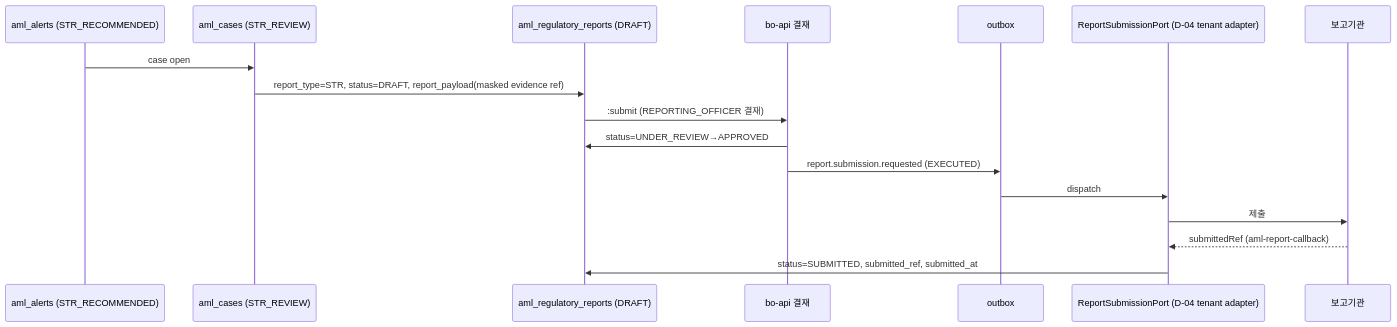
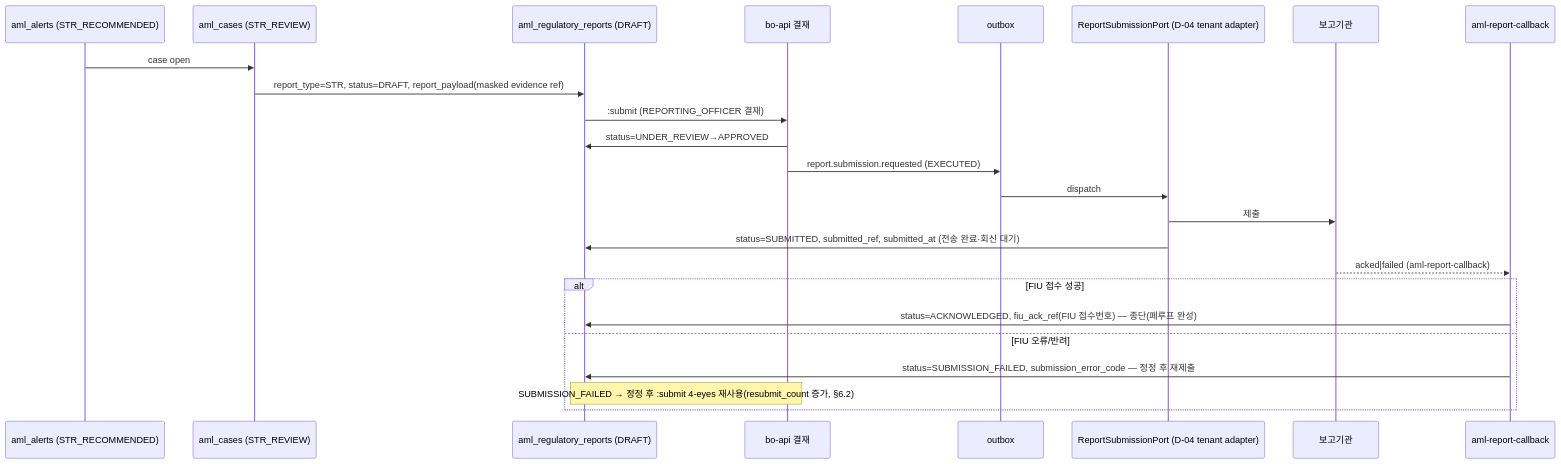
The eighth of 9 diagrams in docs/design/integration/02-aml-integration.md (smkim89/aml-system-docs), drawn with Mermaid before and after one commit. The commit also changed other lines of this file and 187 other files, not shown here.

````diff
--- a/docs/design/integration/02-aml-integration.md
+++ b/docs/design/integration/02-aml-integration.md
@@ -507,19 +513,26 @@
 ```mermaid
 sequenceDiagram
     participant ALERT as aml_alerts (STR_RECOMMENDED)
     participant CASE as aml_cases (STR_REVIEW)
     participant RPT as aml_regulatory_reports (DRAFT)
     participant BO as bo-api 결재
     participant OB as outbox
     participant ADP as ReportSubmissionPort (D-04 tenant adapter)
     participant FIU as 보고기관
+    participant CB as aml-report-callback
     ALERT->>CASE: case open
     CASE->>RPT: report_type=STR, status=DRAFT, report_payload(masked evidence ref)
     RPT->>BO: :submit (REPORTING_OFFICER 결재)
     BO->>RPT: status=UNDER_REVIEW→APPROVED
     BO->>OB: report.submission.requested (EXECUTED)
     OB->>ADP: dispatch
     ADP->>FIU: 제출
-    FIU-->>ADP: submittedRef (aml-report-callback)
-    ADP->>RPT: status=SUBMITTED, submitted_ref, submitted_at
+    ADP->>RPT: status=SUBMITTED, submitted_ref, submitted_at (전송 완료·회신 대기)
+    FIU-->>CB: acked|failed (aml-report-callback)
+    alt FIU 접수 성공
+        CB->>RPT: status=ACKNOWLEDGED, fiu_ack_ref(FIU 접수번호) — 종단(폐루프 완성)
+    else FIU 오류/반려
+        CB->>RPT: status=SUBMISSION_FAILED, submission_error_code — 정정 후 재제출
+        Note over RPT,BO: SUBMISSION_FAILED → 정정 후 :submit 4-eyes 재사용(resubmit_count 증가, §6.2)
+    end
 ```
````
